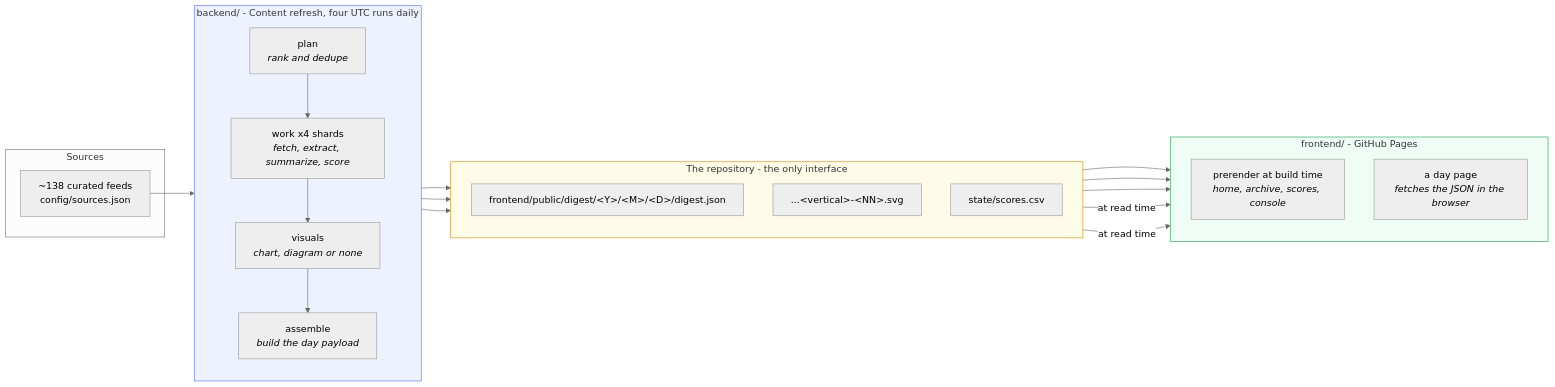
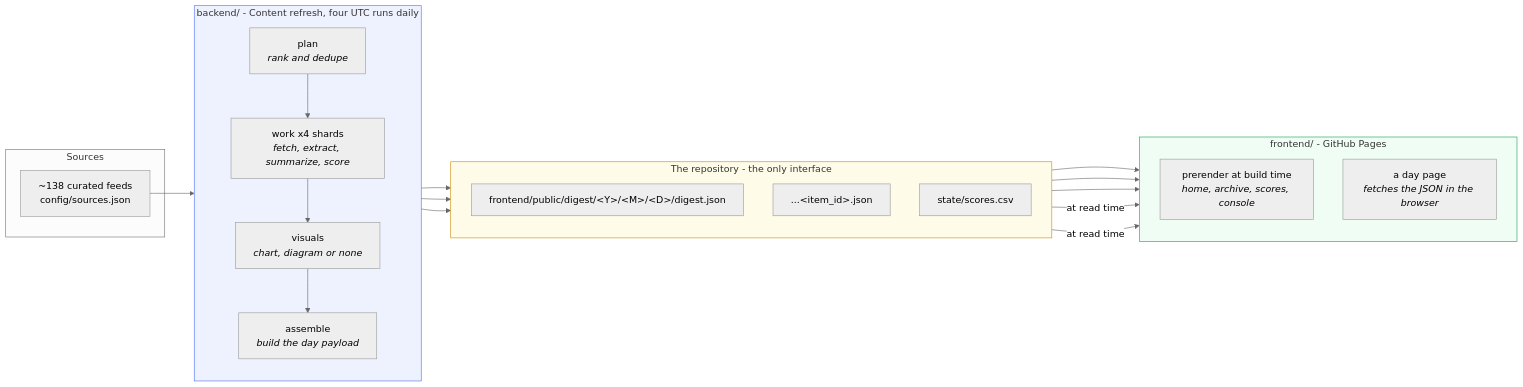
One commit to miztiik/yen-idhazh changed the first of 3 diagrams in docs/architecture/overview.md. Above: the diagram before and after it, drawn with Mermaid (neutral theme). The commit also changed 49 other files, not shown here.

````diff
--- a/docs/architecture/overview.md
+++ b/docs/architecture/overview.md
@@ -12,37 +12,37 @@
 ```mermaid
 flowchart LR
  subgraph src["Sources"]
  F1["~138 curated feeds<br/>config/sources.json"]
  end
 
  subgraph ci["backend/ - Content refresh, four UTC runs daily"]
  direction TB
  P["plan<br/><i>rank and dedupe</i>"]
  W["work x4 shards<br/><i>fetch, extract, summarize, score</i>"]
  R["visuals<br/><i>chart, diagram or none</i>"]
  AS["assemble<br/><i>build the day payload</i>"]
  P --> W --> R --> AS
  end
 
  subgraph repo["The repository - the only interface"]
  direction TB
  D1["frontend/public/digest/&lt;Y&gt;/&lt;M&gt;/&lt;D&gt;/digest.json"]
- D2["...&lt;vertical&gt;-&lt;NN&gt;.svg"]
+ D2["...&lt;item_id&gt;.json"]
  D3["state/scores.csv"]
  end
 
  subgraph fe["frontend/ - GitHub Pages"]
  direction TB
  B["prerender at build time<br/><i>home, archive, scores, console</i>"]
  S["a day page<br/><i>fetches the JSON in the browser</i>"]
  end
 
  F1 --> P
  AS --> D1 & D2 & D3
  D1 & D2 & D3 --> B
  D1 & D2 -->|"at read time"| S
 
  style ci fill:#eef2ff,stroke:#4c6ef5
  style fe fill:#f0fdf4,stroke:#16a34a
  style repo fill:#fefce8,stroke:#ca8a04
 ```
````
